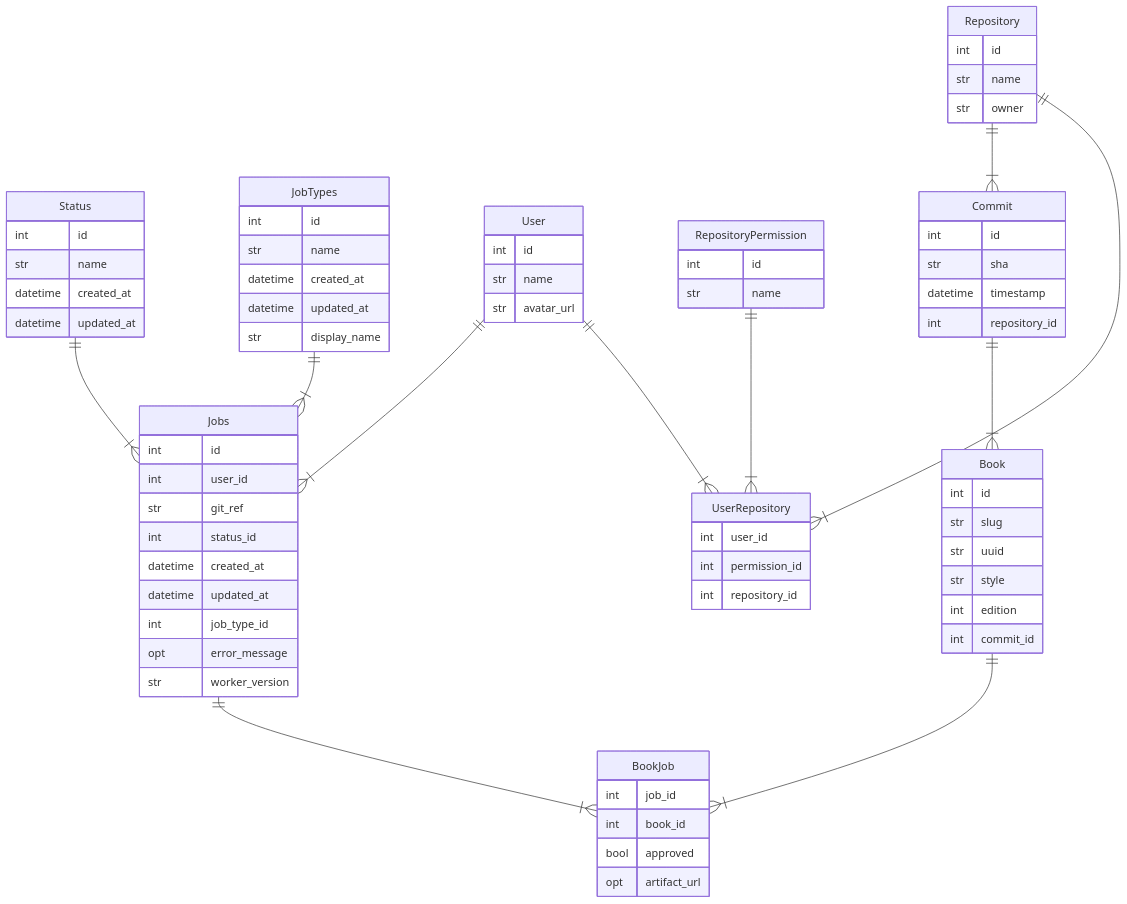
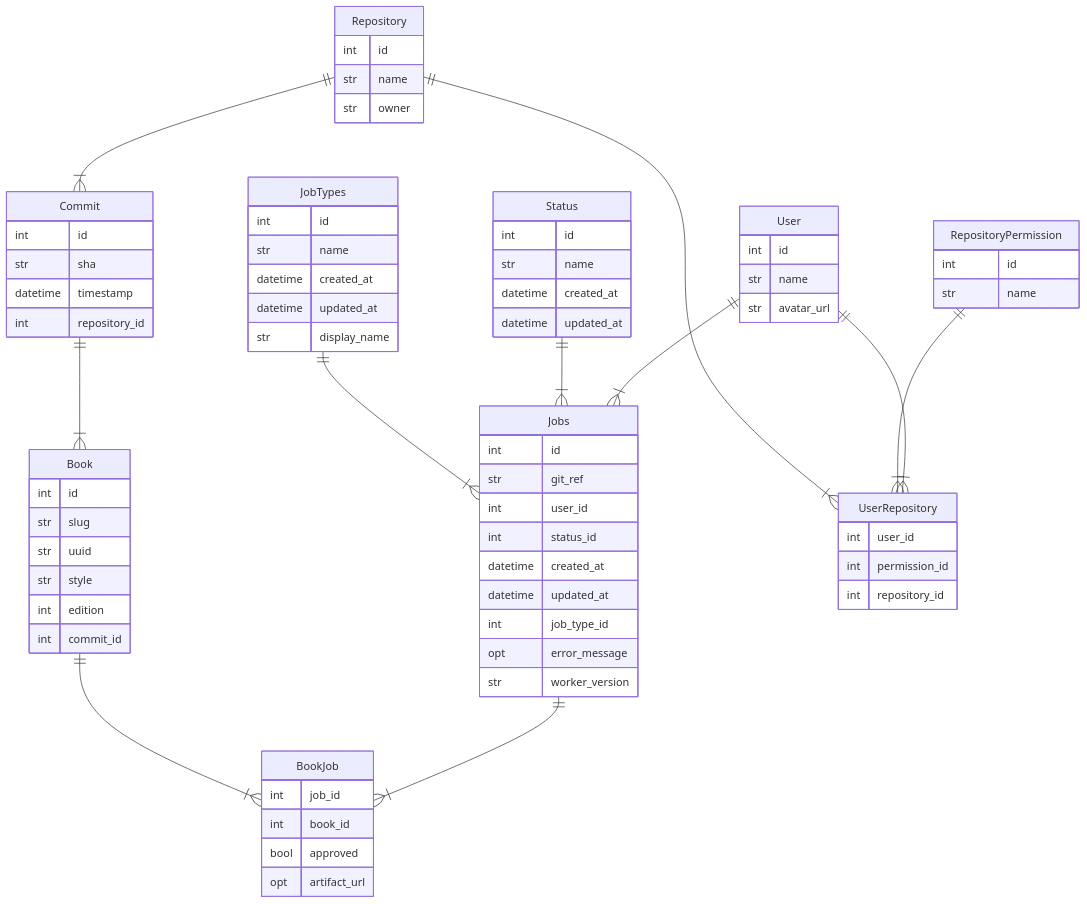
Before and after one commit to openstax/corgi: the diagram in README.md, drawn with Mermaid. The commit also changed other lines of this file and 2 other files, not shown here.

First line of the commit message:
Make generate-erd more idempotent with more sorts

````diff
--- a/README.md
+++ b/README.md
@@ -361,76 +361,76 @@
 ```mermaid
 erDiagram
-    Jobs {
+    Book {
         int id
-        int user_id
-        str git_ref
-        int status_id
-        datetime created_at
-        datetime updated_at
-        int job_type_id
-        opt error_message
-        str worker_version
+        str slug
+        str uuid
+        str style
+        int edition
+        int commit_id
     }
-    Status {
+    BookJob {
+        int job_id
+        int book_id
+        bool approved
+        opt artifact_url
+    }
+    Commit {
         int id
-        str name
-        datetime created_at
-        datetime updated_at
+        str sha
+        datetime timestamp
+        int repository_id
     }
     JobTypes {
         int id
         str name
         datetime created_at
         datetime updated_at
         str display_name
     }
-    User {
+    Jobs {
         int id
-        str name
-        str avatar_url
-    }
-    BookJob {
-        int job_id
-        int book_id
-        bool approved
-        opt artifact_url
-    }
-    UserRepository {
+        str git_ref
         int user_id
-        int permission_id
-        int repository_id
-    }
-    Book {
-        int id
-        str slug
-        str uuid
-        str style
-        int edition
-        int commit_id
-    }
-    RepositoryPermission {
-        int id
-        str name
+        int status_id
+        datetime created_at
+        datetime updated_at
+        int job_type_id
+        opt error_message
+        str worker_version
     }
     Repository {
         int id
         str name
         str owner
     }
-    Commit {
+    RepositoryPermission {
         int id
-        str sha
-        datetime timestamp
+        str name
+    }
+    Status {
+        int id
+        str name
+        datetime created_at
+        datetime updated_at
+    }
+    User {
+        int id
+        str name
+        str avatar_url
+    }
+    UserRepository {
+        int user_id
+        int permission_id
         int repository_id
     }
     Commit ||--|{ Book : ""
     Book ||--|{ BookJob : ""
     Jobs ||--|{ BookJob : ""
     Repository ||--|{ Commit : ""
     JobTypes ||--|{ Jobs : ""
     Status ||--|{ Jobs : ""
     User ||--|{ Jobs : ""
     Repository ||--|{ UserRepository : ""
     RepositoryPermission ||--|{ UserRepository : ""
     User ||--|{ UserRepository : ""
 ```
````
